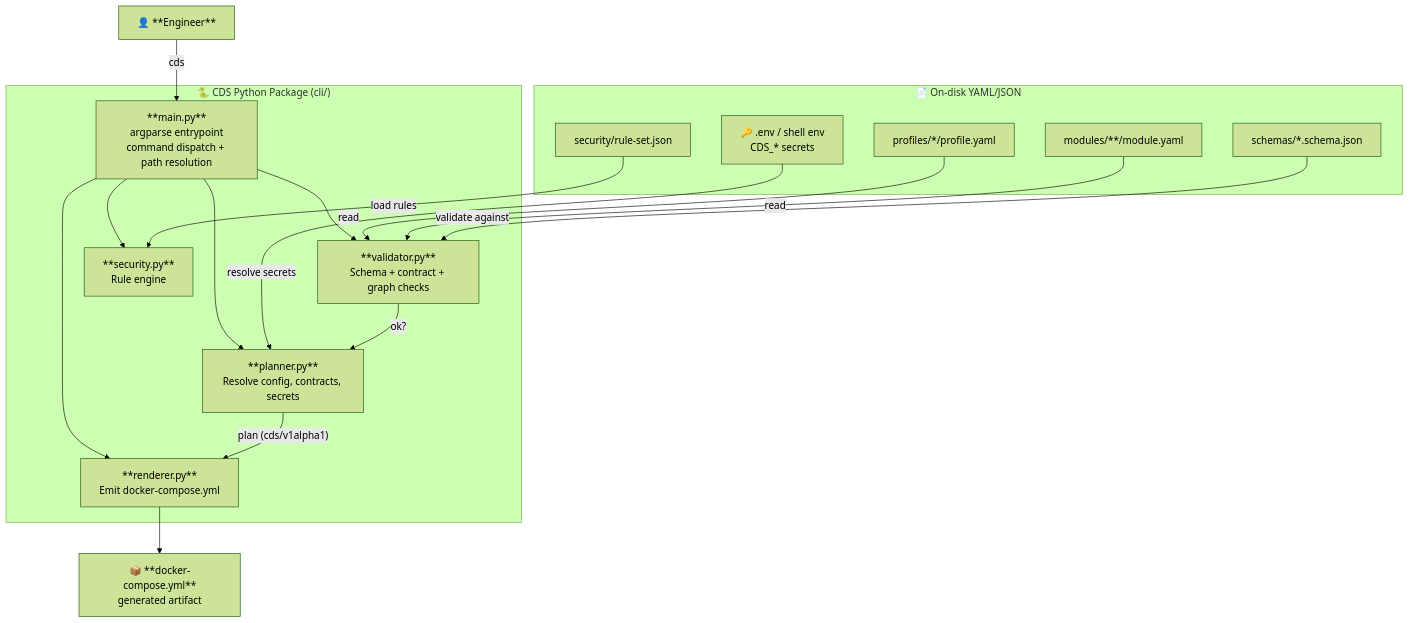
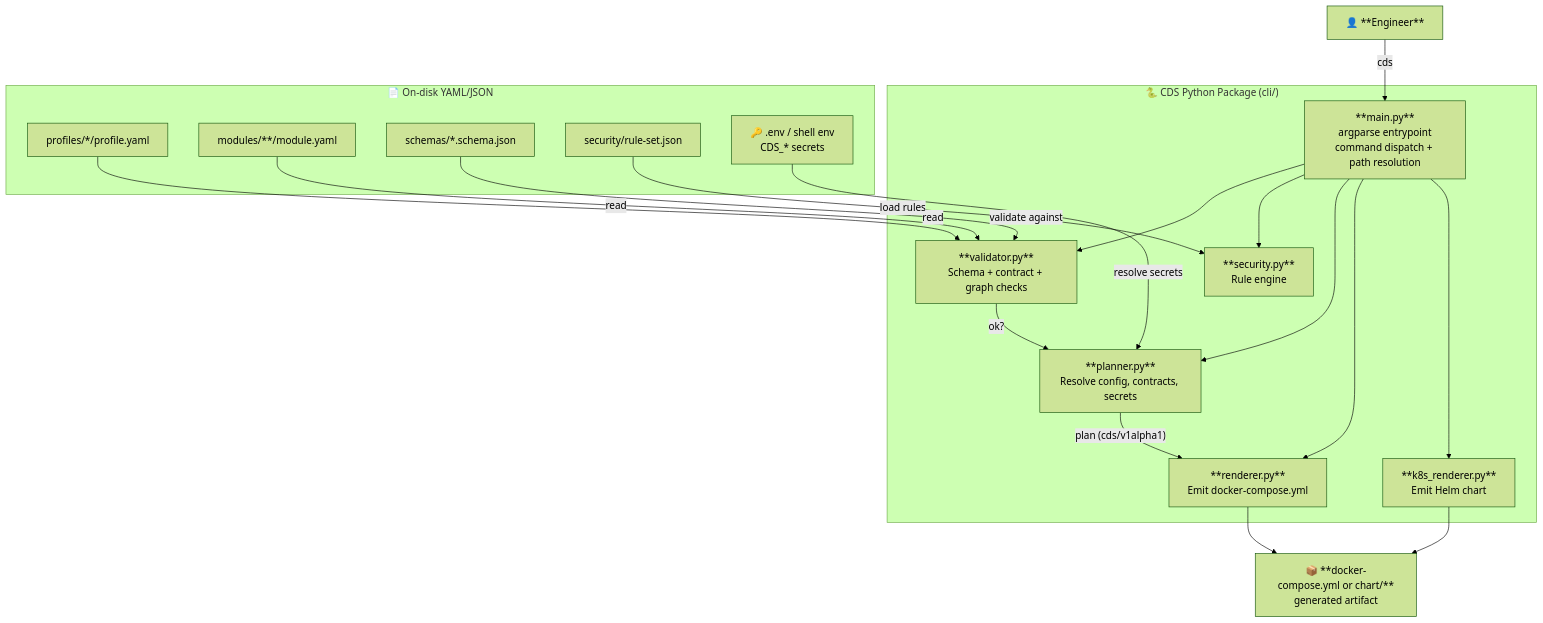
One commit to RonaldHensbergen/composable-data-stack changed the second of 9 diagrams in docs/how-it-works.md. Above: the diagram before and after it, drawn with Mermaid (forest theme). The commit also changed other lines of this file and 15 other files, not shown here.

````diff
--- a/docs/how-it-works.md
+++ b/docs/how-it-works.md
@@ -175,38 +170,41 @@
 ```mermaid
 graph TB
     DEV["👤 **Engineer**"]
 
     subgraph PKG["🐍 CDS Python Package (cli/)"]
         MAIN["**main.py**<br/>argparse entrypoint<br/>command dispatch + path resolution"]
         VALIDATOR["**validator.py**<br/>Schema + contract + graph checks"]
         SECURITY["**security.py**<br/>Rule engine"]
         PLANNER["**planner.py**<br/>Resolve config, contracts, secrets"]
         RENDERER["**renderer.py**<br/>Emit docker-compose.yml"]
+        KRENDERER["**k8s_renderer.py**<br/>Emit Helm chart"]
     end
 
     subgraph DATA["📄 On-disk YAML/JSON"]
         PROFILE["profiles/*/profile.yaml"]
         MODULE["modules/**/module.yaml"]
         SCHEMAS["schemas/*.schema.json"]
         RULES["security/rule-set.json"]
         ENV["🔑 .env / shell env<br/>CDS_* secrets"]
     end
 
-    OUT["📦 **docker-compose.yml**<br/>generated artifact"]
+    OUT["📦 **docker-compose.yml or chart/**<br/>generated artifact"]
 
     DEV -->|"cds <command>"| MAIN
     MAIN --> VALIDATOR
     MAIN --> SECURITY
     MAIN --> PLANNER
     MAIN --> RENDERER
+    MAIN --> KRENDERER
 
     PROFILE -->|read| VALIDATOR
     MODULE -->|read| VALIDATOR
     SCHEMAS -->|validate against| VALIDATOR
     RULES -->|load rules| SECURITY
     ENV -->|resolve secrets| PLANNER
 
     VALIDATOR -->|"ok?"| PLANNER
     PLANNER -->|"plan (cds/v1alpha1)"| RENDERER
     RENDERER --> OUT
+    KRENDERER --> OUT
 ```
````
